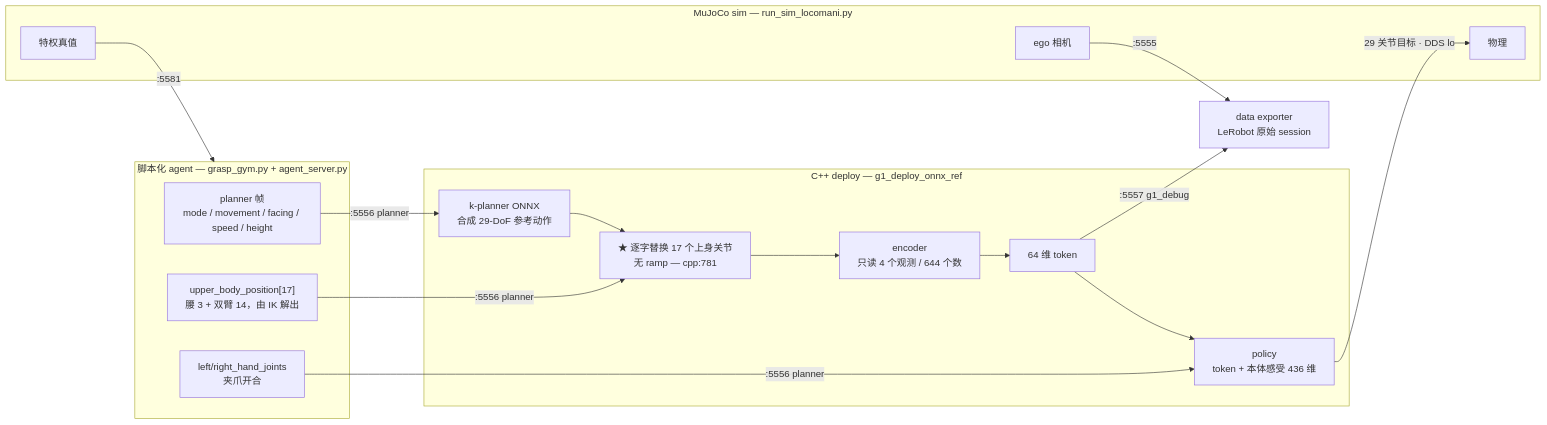
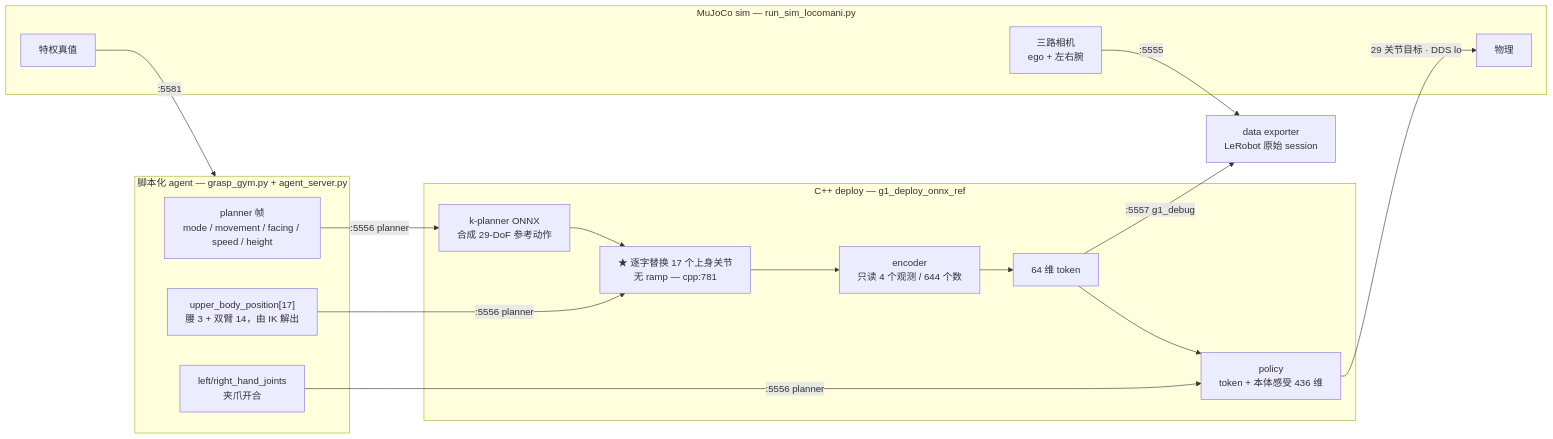
Before and after one commit to yijie21/locomanipulation: the first of 3 diagrams in README.md, drawn with Mermaid. The commit also changed other lines of this file and 1 other file, not shown here.

````diff
--- a/README.md
+++ b/README.md
@@ -279,30 +596,30 @@
 ```mermaid
 flowchart LR
   subgraph AG["脚本化 agent — grasp_gym.py + agent_server.py"]
     A1["planner 帧<br/>mode / movement / facing / speed / height"]
     A2["upper_body_position[17]<br/>腰 3 + 双臂 14，由 IK 解出"]
     A3["left/right_hand_joints<br/>夹爪开合"]
   end
   subgraph DP["C++ deploy — g1_deploy_onnx_ref"]
     D1["k-planner ONNX<br/>合成 29-DoF 参考动作"]
     D2["★ 逐字替换 17 个上身关节<br/>无 ramp — cpp:781"]
     D3["encoder<br/>只读 4 个观测 / 644 个数"]
     D4["64 维 token"]
     D5["policy<br/>token + 本体感受 436 维"]
   end
   subgraph SM["MuJoCo sim — run_sim_locomani.py"]
     S1["物理"]
-    S2["ego 相机"]
+    S2["三路相机<br/>ego + 左右腕"]
     S3["特权真值"]
   end
   EX["data exporter<br/>LeRobot 原始 session"]
 
   A1 -->|":5556 planner"| D1
   A2 -->|":5556 planner"| D2
   A3 -->|":5556 planner"| D5
   D1 --> D2 --> D3 --> D4 --> D5
   D5 -->|"29 关节目标 · DDS lo"| S1
   S2 -->|":5555"| EX
   D4 -->|":5557 g1_debug"| EX
   S3 -->|":5581"| AG
 ```
````
